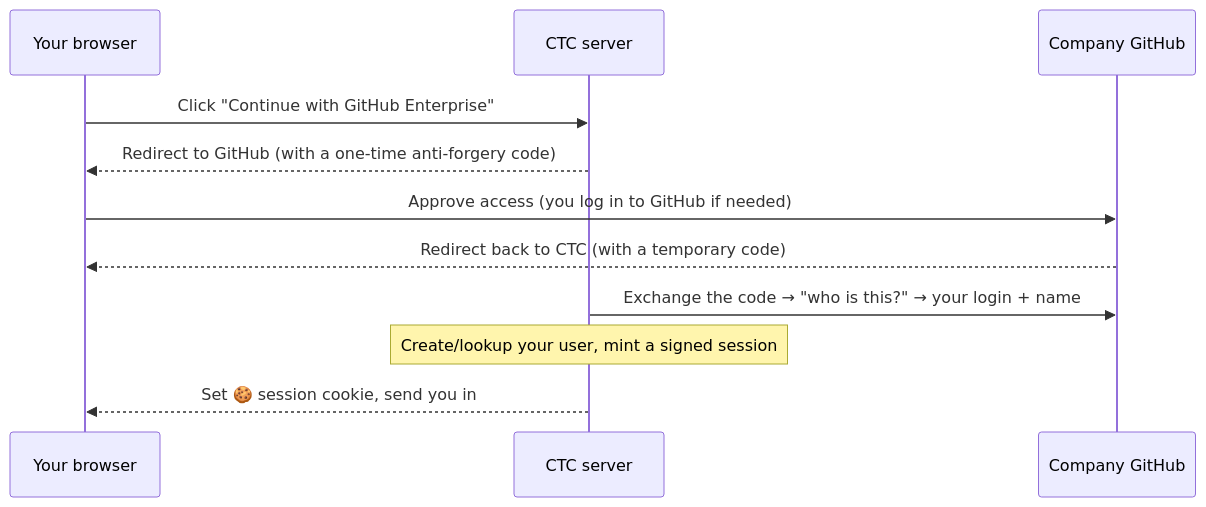
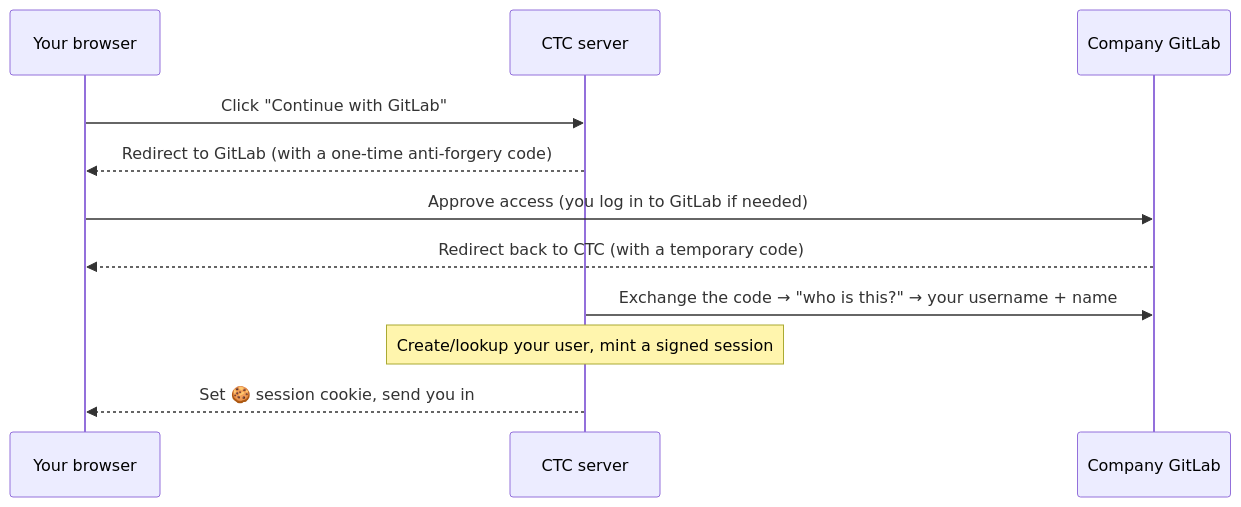
One commit to khirooo/CTC changed the second of 3 diagrams in docs/guide/03-identity-and-login.md. Above: the diagram before and after it, drawn with Mermaid. The commit also changed other lines of this file and 5 other files, not shown here.

Commit message:
docs: GitLab OAuth sole-auth env vars and login flow

````diff
--- a/docs/guide/03-identity-and-login.md
+++ b/docs/guide/03-identity-and-login.md
@@ -74,14 +38,14 @@
 ```mermaid
 sequenceDiagram
     participant B as Your browser
     participant CTC as CTC server
-    participant GH as Company GitHub
+    participant GL as Company GitLab
 
-    B->>CTC: Click "Continue with GitHub Enterprise"
-    CTC-->>B: Redirect to GitHub (with a one-time anti-forgery code)
-    B->>GH: Approve access (you log in to GitHub if needed)
-    GH-->>B: Redirect back to CTC (with a temporary code)
-    CTC->>GH: Exchange the code → "who is this?" → your login + name
+    B->>CTC: Click "Continue with GitLab"
+    CTC-->>B: Redirect to GitLab (with a one-time anti-forgery code)
+    B->>GL: Approve access (you log in to GitLab if needed)
+    GL-->>B: Redirect back to CTC (with a temporary code)
+    CTC->>GL: Exchange the code → "who is this?" → your username + name
     Note over CTC: Create/lookup your user, mint a signed session
     CTC-->>B: Set 🍪 session cookie, send you in
 ```
````
